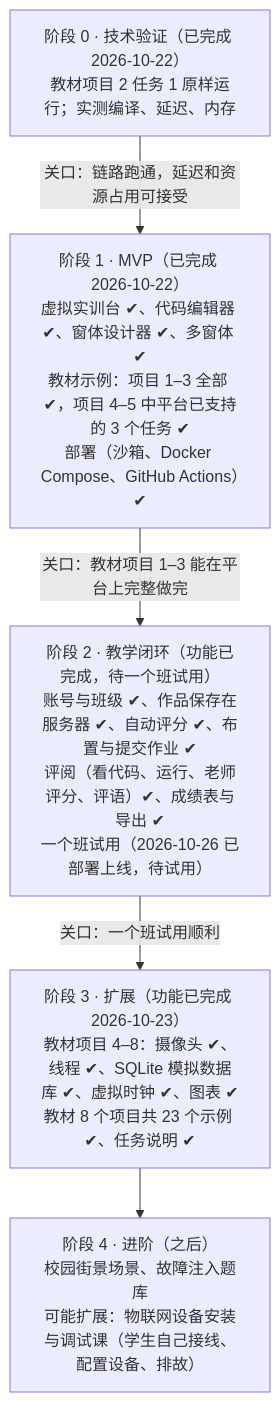
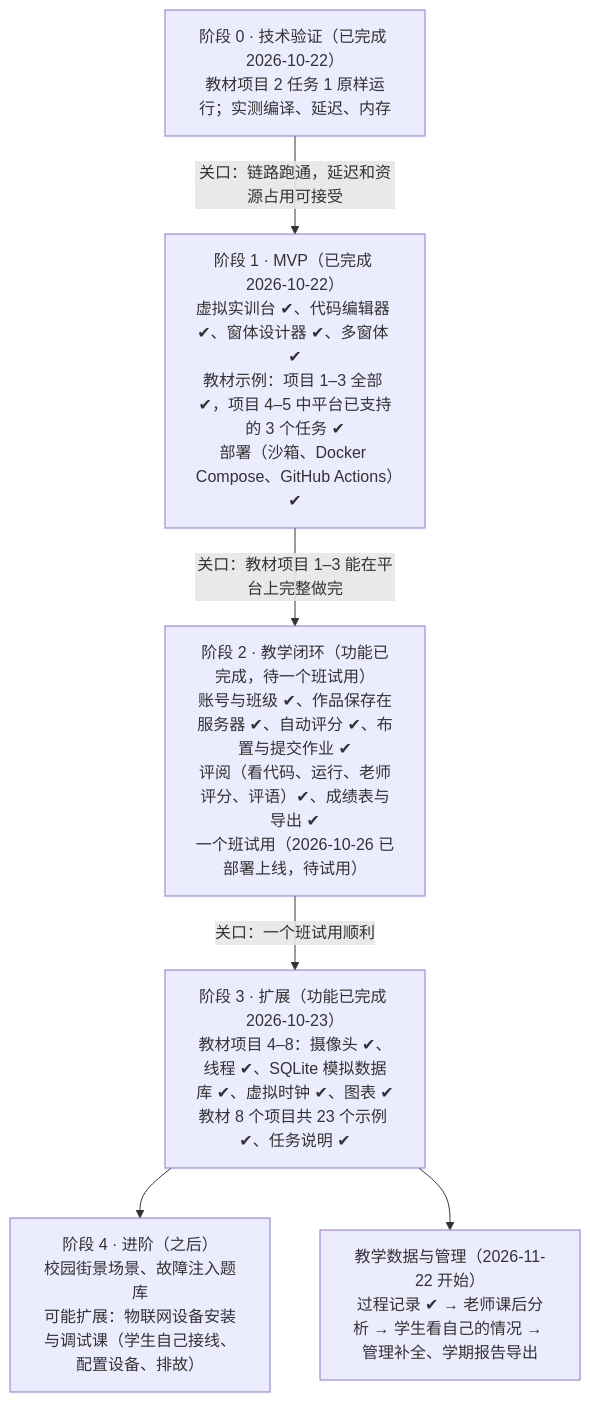
The second of 2 diagrams in docs/设计方案.md (yuetsh/IOT_SIM), drawn with Mermaid before and after one commit. The commit also changed other lines of this file and 13 other files, not shown here.

````diff
--- a/docs/设计方案.md
+++ b/docs/设计方案.md
@@ -239,12 +239,14 @@
 ```mermaid
 flowchart TB
   P0["阶段 0 · 技术验证（已完成 2026-10-22）<br/>教材项目 2 任务 1 原样运行；实测编译、延迟、内存"]
   P1["阶段 1 · MVP（已完成 2026-10-22）<br/>虚拟实训台 ✔、代码编辑器 ✔、窗体设计器 ✔、多窗体 ✔<br/>教材示例：项目 1–3 全部 ✔，项目 4–5 中平台已支持的 3 个任务 ✔<br/>部署（沙箱、Docker Compose、GitHub Actions）✔"]
   P2["阶段 2 · 教学闭环（功能已完成，待一个班试用）<br/>账号与班级 ✔、作品保存在服务器 ✔、自动评分 ✔、布置与提交作业 ✔<br/>评阅（看代码、运行、老师评分、评语）✔、成绩表与导出 ✔<br/>一个班试用（2026-10-26 已部署上线，待试用）"]
   P3["阶段 3 · 扩展（功能已完成 2026-10-23）<br/>教材项目 4–8：摄像头 ✔、线程 ✔、SQLite 模拟数据库 ✔、虚拟时钟 ✔、图表 ✔<br/>教材 8 个项目共 23 个示例 ✔、任务说明 ✔"]
   P4["阶段 4 · 进阶（之后）<br/>校园街景场景、故障注入题库<br/>可能扩展：物联网设备安装与调试课（学生自己接线、配置设备、排故）"]
+  P5["教学数据与管理（2026-11-22 开始）<br/>过程记录 ✔ → 老师课后分析 → 学生看自己的情况 → 管理补全、学期报告导出"]
   P0 -->|"关口：链路跑通，延迟和资源占用可接受"| P1
   P1 -->|"关口：教材项目 1–3 能在平台上完整做完"| P2
   P2 -->|"关口：一个班试用顺利"| P3
   P3 --> P4
+  P3 --> P5
 ```
````
